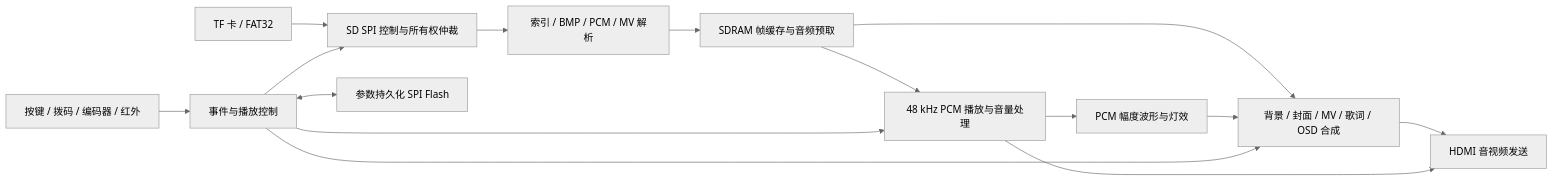
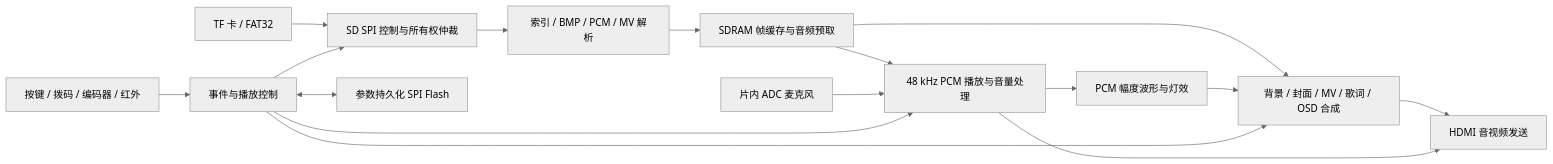
The diagram in doc/architecture.md (kloms-fame/VinylFPGA_Base), drawn with Mermaid (neutral theme) before and after one commit. The commit also changed other lines of this file and 22 other files, not shown here.

````diff
--- a/doc/architecture.md
+++ b/doc/architecture.md
@@ -9,17 +9,18 @@
 ```mermaid
 flowchart LR
     TF[TF 卡 / FAT32] --> SD[SD SPI 控制与所有权仲裁]
     SD --> META[索引 / BMP / PCM / MV 解析]
     META --> CACHE[SDRAM 帧缓存与音频预取]
     CACHE --> VIDEO[背景 / 封面 / MV / 歌词 / OSD 合成]
     CACHE --> AUDIO[48 kHz PCM 播放与音量处理]
+    MIC[片内 ADC 麦克风] --> AUDIO
     AUDIO --> VIS[PCM 幅度波形与灯效]
     VIS --> VIDEO
     VIDEO --> HDMI[HDMI 音视频发送]
     AUDIO --> HDMI
     UI[按键 / 拨码 / 编码器 / 红外] --> CTRL[事件与播放控制]
     CTRL --> SD
     CTRL --> VIDEO
     CTRL --> AUDIO
     CTRL <--> FLASH[参数持久化 SPI Flash]
 ```
````
